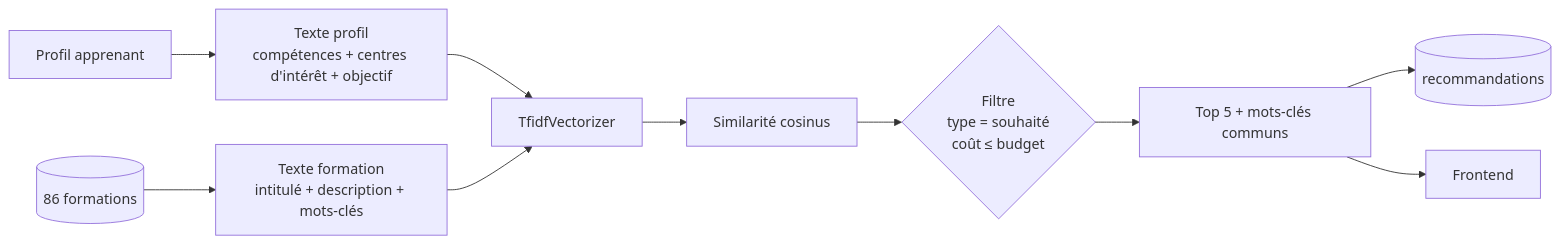
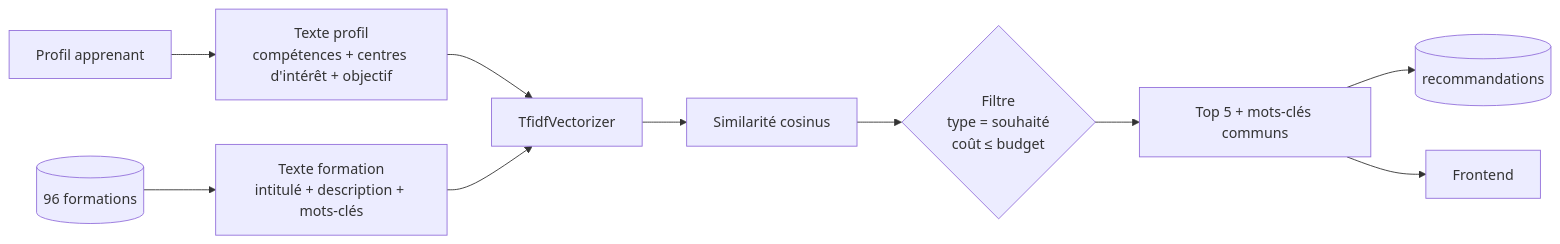
Before and after one commit to martial-300/plateforme-formations-hitt: the diagram in docs/moteur-recommandation.md, drawn with Mermaid. The commit also changed other lines of this file and 45 other files, not shown here.

````diff
--- a/docs/moteur-recommandation.md
+++ b/docs/moteur-recommandation.md
@@ -5,11 +5,11 @@
 ```mermaid
 flowchart LR
     P[Profil apprenant] --> TP["Texte profil<br/>compétences + centres d'intérêt + objectif"]
-    F[(86 formations)] --> TF["Texte formation<br/>intitulé + description + mots-clés"]
+    F[(96 formations)] --> TF["Texte formation<br/>intitulé + description + mots-clés"]
     TP & TF --> V[TfidfVectorizer]
     V --> C[Similarité cosinus]
     C --> FI{"Filtre<br/>type = souhaité<br/>coût ≤ budget"}
     FI --> T5[Top 5 + mots-clés communs]
     T5 --> DB[(recommandations)]
     T5 --> UI[Frontend]
 ```
````
